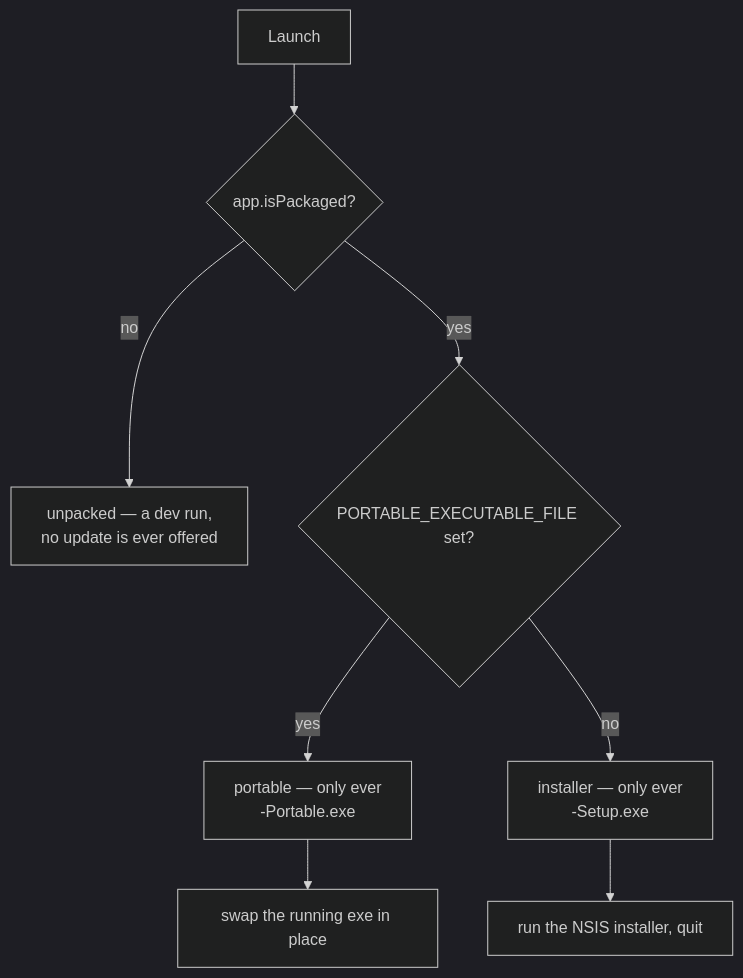
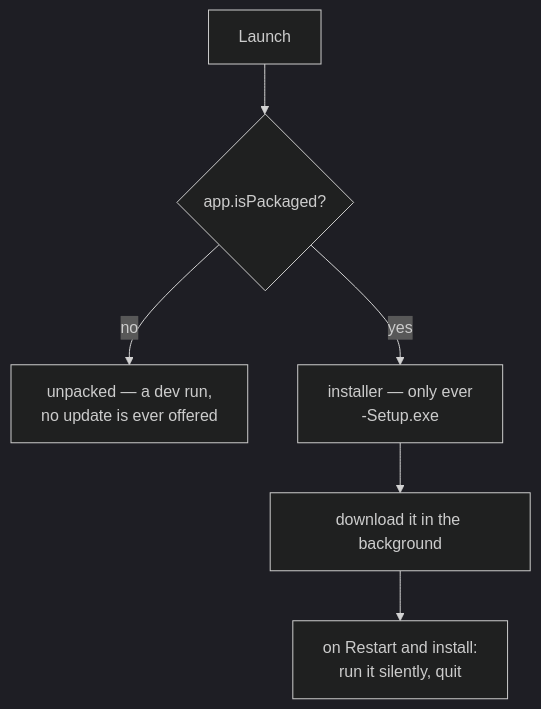
The diagram in docs/docs/deployment/client-updates.md (aiyu-ayaan/BetweenUs), drawn with Mermaid (dark theme) before and after one commit. The commit also changed other lines of this file and 1 other file, not shown here.

Commit message:
docs: one Windows installer, a download that happens on its own, two Android jobs

````diff
--- a/docs/docs/deployment/client-updates.md
+++ b/docs/docs/deployment/client-updates.md
@@ -29,10 +28,8 @@
 ```mermaid
 flowchart TD
     A[Launch] --> B{app.isPackaged?}
     B -->|no| C["unpacked — a dev run,<br/>no update is ever offered"]
-    B -->|yes| D{PORTABLE_EXECUTABLE_FILE set?}
-    D -->|yes| E["portable — only ever<br/>-Portable.exe"]
-    D -->|no| F["installer — only ever<br/>-Setup.exe"]
-    E --> G["swap the running exe in place"]
-    F --> H["run the NSIS installer, quit"]
+    B -->|yes| D["installer — only ever<br/>-Setup.exe"]
+    D --> E["download it in the background"]
+    E --> F["on Restart and install:<br/>run it silently, quit"]
 ```
````
